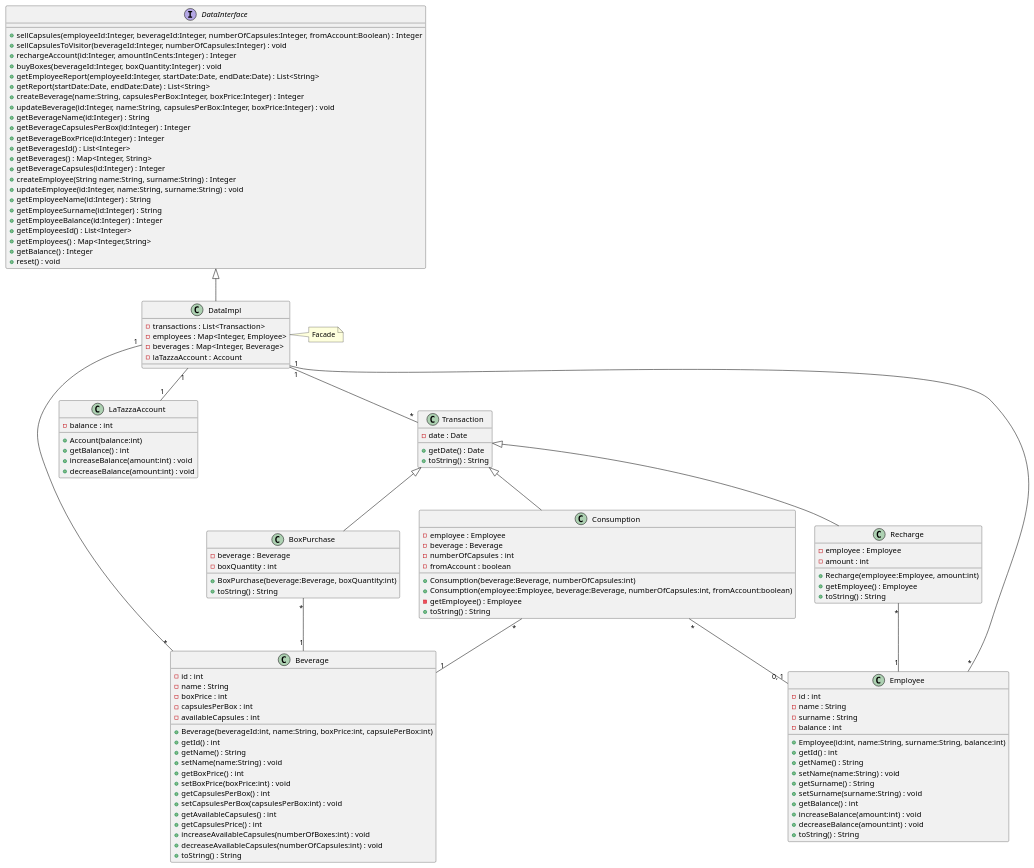
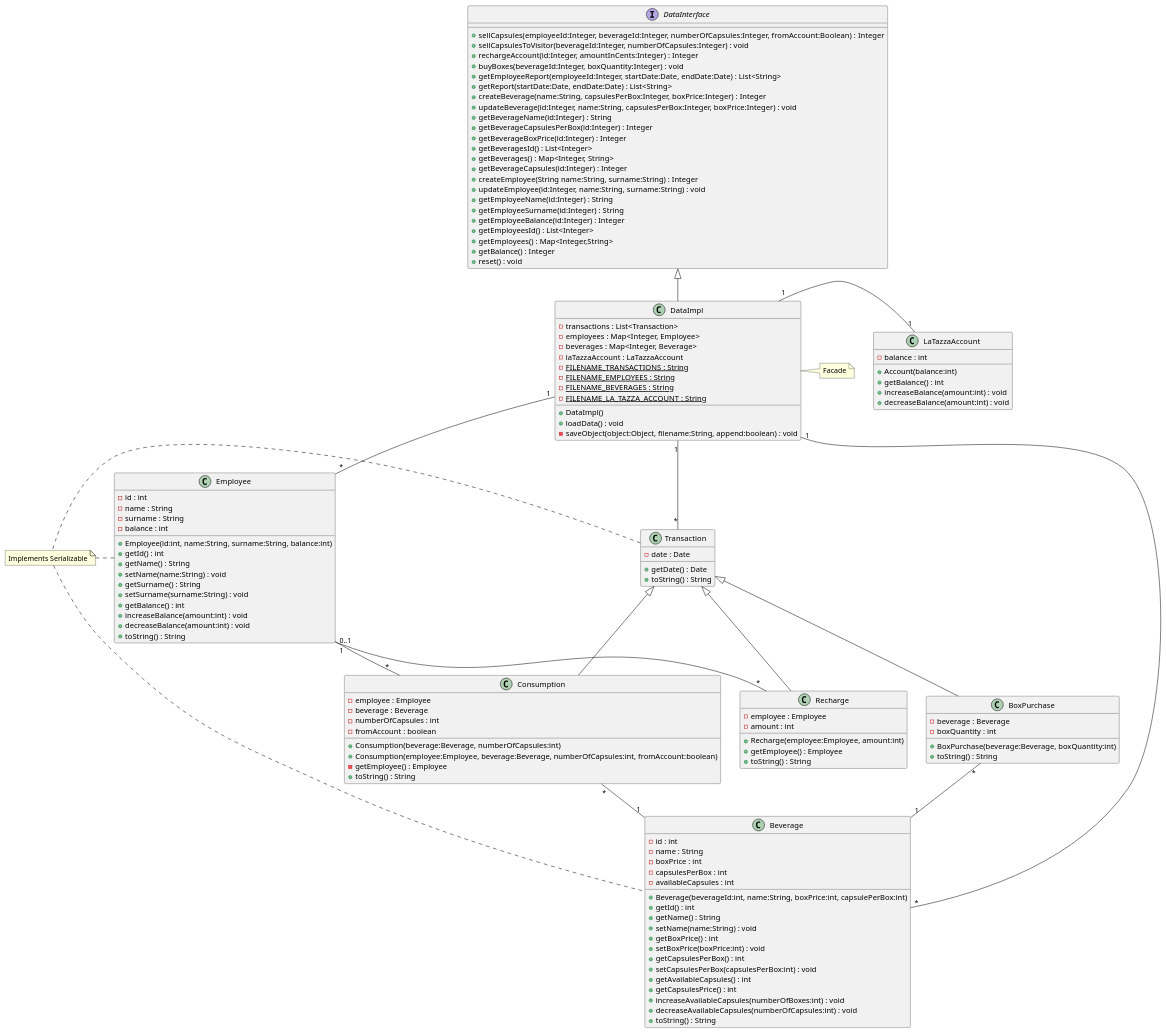
Before and after one commit to eloparco/LaTazza: the third of 6 diagrams in design_document.md, drawn with PlantUML. The commit also changed other lines of this file, not shown here.

Commit message:
add data persistence in class diagram

````diff
--- a/design_document.md
+++ b/design_document.md
@@ -69,12 +69,12 @@
 Transaction <|-- BoxPurchase
 
 DataImpl "1" -- "*" Transaction
-DataImpl "1" -- "1" LaTazzaAccount
+DataImpl "1" - "1" LaTazzaAccount
 DataImpl "1" -- "*" Employee
 DataImpl "1" -- "*" Beverage
-Consumption "*" -- "0, 1" Employee
+Employee "0..1" -- "*" Consumption
 Consumption "*" -- "1" Beverage
-Recharge "*" -- "1" Employee
+Employee "1" -- "*" Recharge
 BoxPurchase "*" -- "1" Beverage
 
 DataInterface : +sellCapsules(employeeId:Integer, beverageId:Integer, numberOfCapsules:Integer, fromAccount:Boolean) : Integer
@@ -104,7 +104,14 @@
 DataImpl : -transactions : List<Transaction>
 DataImpl : -employees : Map<Integer, Employee>
 DataImpl : -beverages : Map<Integer, Beverage> 
-DataImpl : -laTazzaAccount : Account
+DataImpl : -laTazzaAccount : LaTazzaAccount
+DataImpl : -<u>FILENAME_TRANSACTIONS : String
+DataImpl : -<u>FILENAME_EMPLOYEES : String
+DataImpl : -<u>FILENAME_BEVERAGES : String
+DataImpl : -<u>FILENAME_LA_TAZZA_ACCOUNT : String
+DataImpl : +DataImpl()
+DataImpl : +loadData() : void
+DataImpl : -saveObject(object:Object, filename:String, append:boolean) : void
 
 Beverage : -id : int
 Beverage : -name : String
@@ -171,4 +178,8 @@
 Consumption : +toString() : String
 
 note right of DataImpl : Facade
+note "Implements Serializable" as N1
+Transaction . N1 
+N1 . Employee
+N1 .. Beverage
 ```
````
